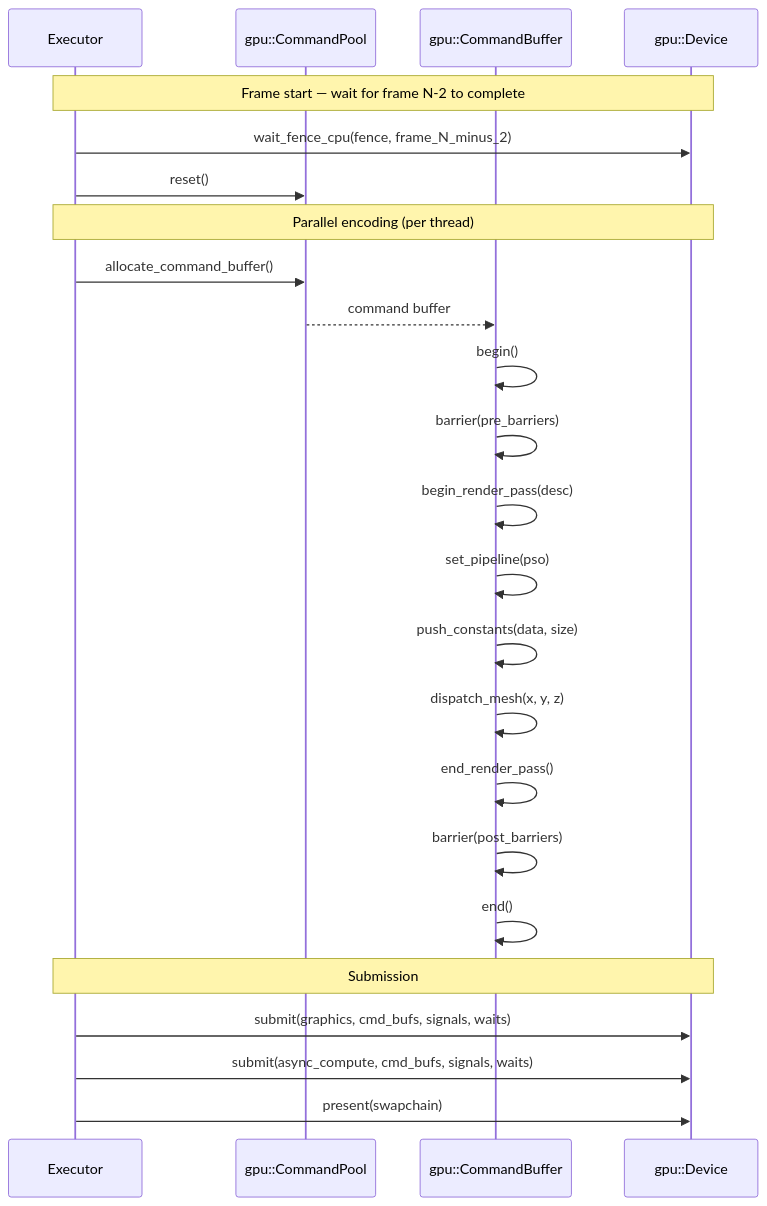
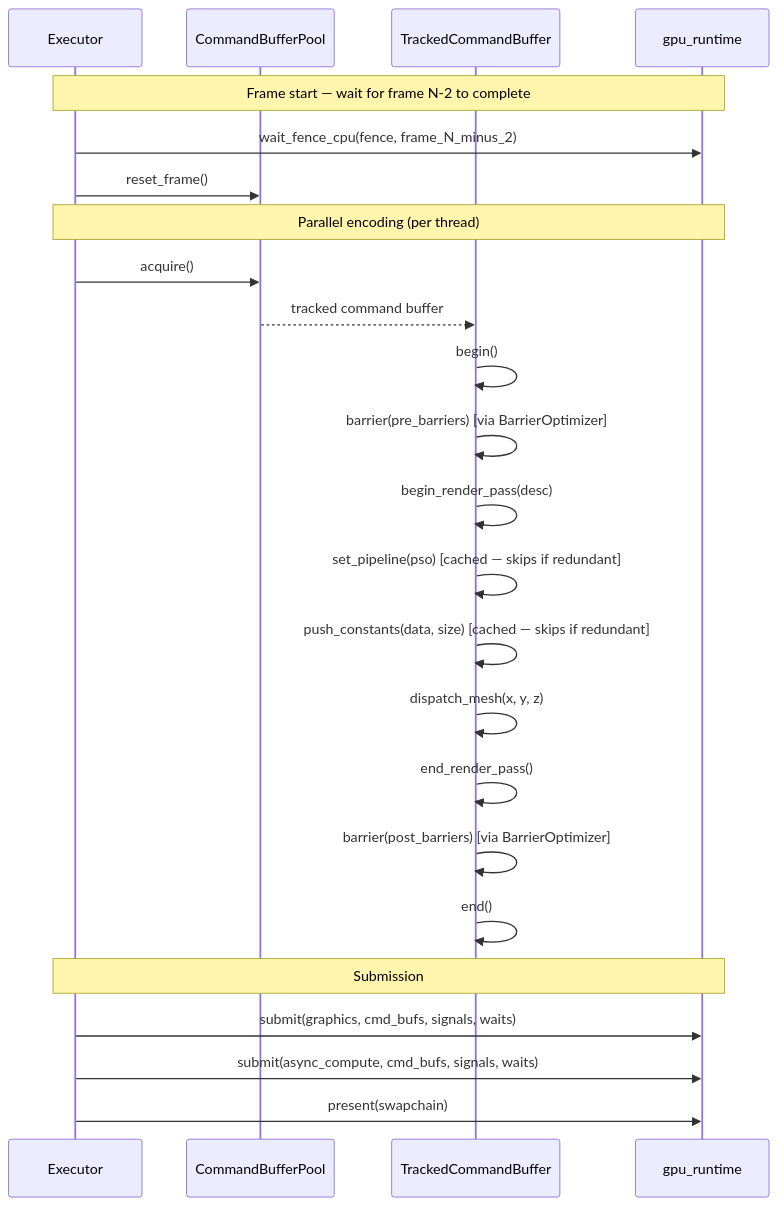
Before and after one commit to harmonius-dev/harmonius: the ninth of 10 diagrams in docs/design/render-graph-design.md, drawn with Mermaid. The commit also changed other lines of this file and 28 other files, not shown here.

First line of the commit message:
Add GPU runtime layer and remove VMA/D3D12MA dependencies

````diff
--- a/docs/design/render-graph-design.md
+++ b/docs/design/render-graph-design.md
@@ -1646,29 +1650,29 @@
 ```mermaid
 sequenceDiagram
     participant Exec as Executor
-    participant Pool as gpu::CommandPool
-    participant CB as gpu::CommandBuffer
-    participant Dev as gpu::Device
+    participant Pool as CommandBufferPool
+    participant TCB as TrackedCommandBuffer
+    participant RT as gpu_runtime
 
-    Note over Exec,Dev: Frame start — wait for frame N-2 to complete
-    Exec->>Dev: wait_fence_cpu(fence, frame_N_minus_2)
-    Exec->>Pool: reset()
+    Note over Exec,RT: Frame start — wait for frame N-2 to complete
+    Exec->>RT: wait_fence_cpu(fence, frame_N_minus_2)
+    Exec->>Pool: reset_frame()
 
-    Note over Exec,Dev: Parallel encoding (per thread)
-    Exec->>Pool: allocate_command_buffer()
-    Pool-->>CB: command buffer
-    CB->>CB: begin()
-    CB->>CB: barrier(pre_barriers)
-    CB->>CB: begin_render_pass(desc)
-    CB->>CB: set_pipeline(pso)
-    CB->>CB: push_constants(data, size)
-    CB->>CB: dispatch_mesh(x, y, z)
-    CB->>CB: end_render_pass()
-    CB->>CB: barrier(post_barriers)
-    CB->>CB: end()
+    Note over Exec,RT: Parallel encoding (per thread)
+    Exec->>Pool: acquire()
+    Pool-->>TCB: tracked command buffer
+    TCB->>TCB: begin()
+    TCB->>TCB: barrier(pre_barriers) [via BarrierOptimizer]
+    TCB->>TCB: begin_render_pass(desc)
+    TCB->>TCB: set_pipeline(pso) [cached — skips if redundant]
+    TCB->>TCB: push_constants(data, size) [cached — skips if redundant]
+    TCB->>TCB: dispatch_mesh(x, y, z)
+    TCB->>TCB: end_render_pass()
+    TCB->>TCB: barrier(post_barriers) [via BarrierOptimizer]
+    TCB->>TCB: end()
 
-    Note over Exec,Dev: Submission
-    Exec->>Dev: submit(graphics, cmd_bufs, signals, waits)
-    Exec->>Dev: submit(async_compute, cmd_bufs, signals, waits)
-    Exec->>Dev: present(swapchain)
+    Note over Exec,RT: Submission
+    Exec->>RT: submit(graphics, cmd_bufs, signals, waits)
+    Exec->>RT: submit(async_compute, cmd_bufs, signals, waits)
+    Exec->>RT: present(swapchain)
 ```
````
